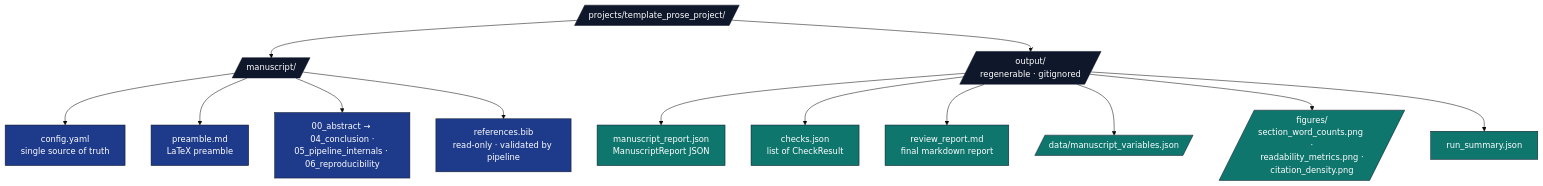
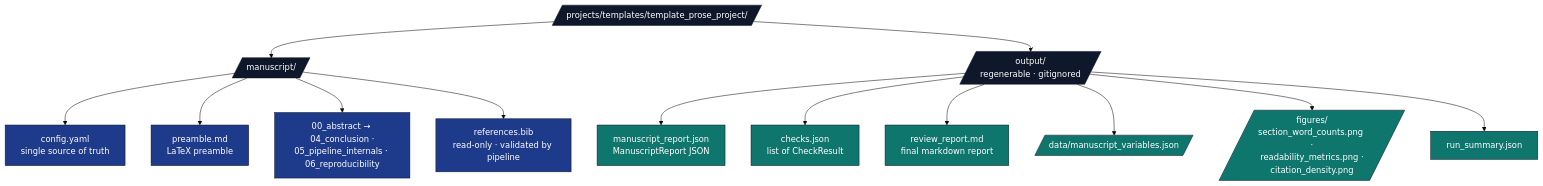
One commit to docxology/template changed the first of 2 diagrams in projects/templates/template_prose_project/manuscript/05_pipeline_internals.md. Above: the diagram before and after it, drawn with Mermaid (base theme). The commit also changed 481 other files, not shown here.

````diff
--- a/projects/templates/template_prose_project/manuscript/05_pipeline_internals.md
+++ b/projects/templates/template_prose_project/manuscript/05_pipeline_internals.md
@@ -5,25 +5,25 @@
 ```mermaid
 flowchart TB
-    P[/projects/template_prose_project//]
+    P[/projects/templates/template_prose_project//]
     P --> M[/manuscript//]
     P --> OUT[/output/<br/>regenerable · gitignored/]
 
     M --> M_CFG[config.yaml<br/>single source of truth]
     M --> M_PRE[preamble.md<br/>LaTeX preamble]
     M --> M_SEC[00_abstract → 04_conclusion ·<br/>05_pipeline_internals · 06_reproducibility]
     M --> M_BIB[references.bib<br/>read-only · validated by pipeline]
 
     OUT --> O_REP[manuscript_report.json<br/>ManuscriptReport JSON]
     OUT --> O_CK[checks.json<br/>list of CheckResult]
     OUT --> O_RR[review_report.md<br/>final markdown report]
     OUT --> O_DATA[/data/manuscript_variables.json/]
     OUT --> O_FIG[/figures/<br/>section_word_counts.png ·<br/>readability_metrics.png ·<br/>citation_density.png/]
     OUT --> O_RS[run_summary.json]
 
     classDef d fill:#0f172a,stroke:#0f172a,color:#fff
     classDef src fill:#1e3a8a,stroke:#0f172a,color:#fff
     classDef gen fill:#0f766e,stroke:#0f172a,color:#fff
     class P,M,OUT d
     class M_CFG,M_PRE,M_SEC,M_BIB src
     class O_REP,O_CK,O_RR,O_DATA,O_FIG,O_RS gen
 ```
````
